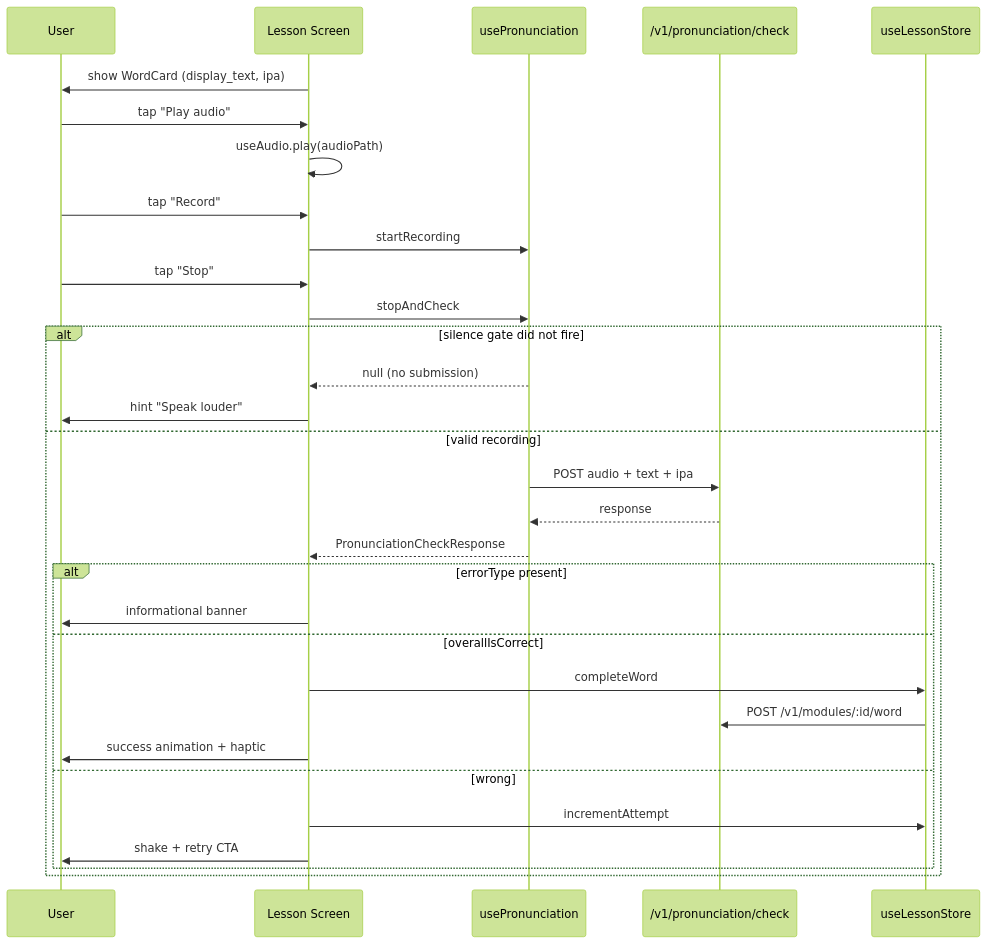
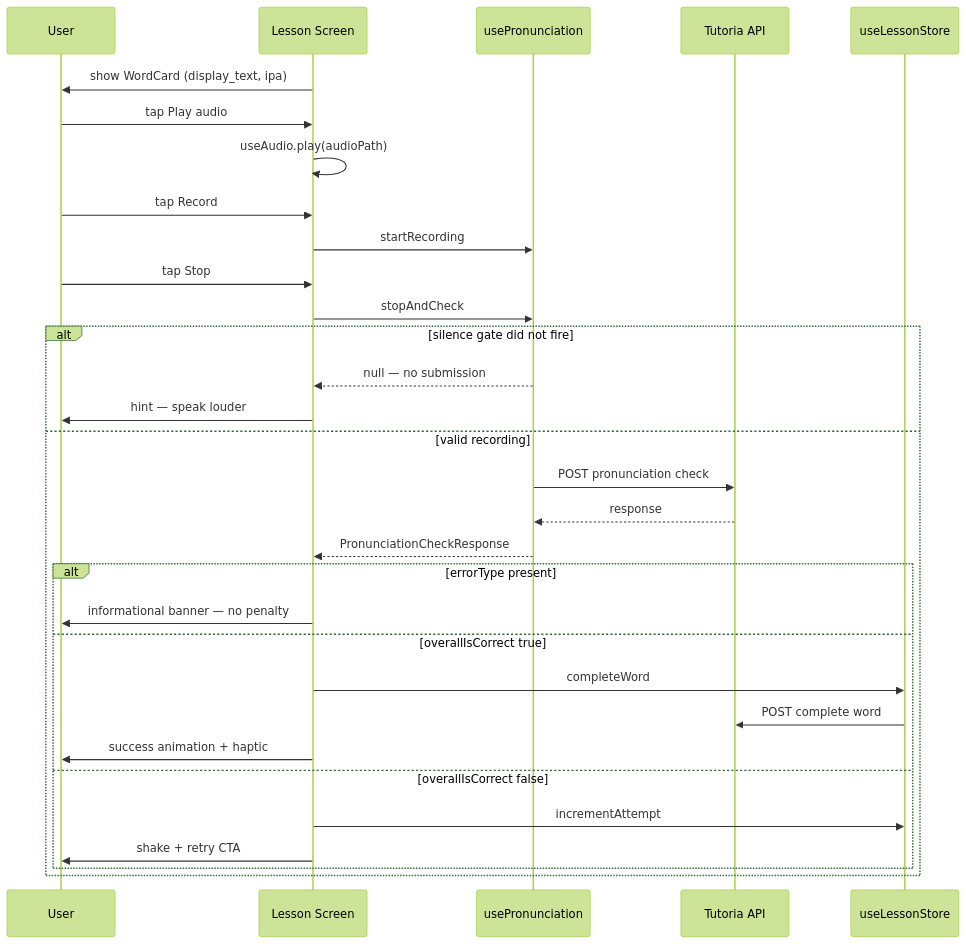
The third of 3 diagrams in docs/diagrams/lesson-state-machine.md (AltanEsmer/tutoria-mobile-app), drawn with Mermaid (forest theme) before and after one commit. The commit also changed other lines of this file and 1 other file, not shown here.

Commit message:
Mermaid fix

````diff
--- a/docs/diagrams/lesson-state-machine.md
+++ b/docs/diagrams/lesson-state-machine.md
@@ -75,37 +75,37 @@
 ```mermaid
 sequenceDiagram
     participant U as User
     participant LS as Lesson Screen
     participant UP as usePronunciation
-    participant API as /v1/pronunciation/check
+    participant API as Tutoria API
     participant LSt as useLessonStore
 
     LS->>U: show WordCard (display_text, ipa)
-    U->>LS: tap "Play audio"
+    U->>LS: tap Play audio
     LS->>LS: useAudio.play(audioPath)
 
-    U->>LS: tap "Record"
+    U->>LS: tap Record
     LS->>UP: startRecording
-    U->>LS: tap "Stop"
+    U->>LS: tap Stop
     LS->>UP: stopAndCheck
 
     alt silence gate did not fire
-        UP-->>LS: null (no submission)
-        LS->>U: hint "Speak louder"
+        UP-->>LS: null — no submission
+        LS->>U: hint — speak louder
     else valid recording
-        UP->>API: POST audio + text + ipa
+        UP->>API: POST pronunciation check
         API-->>UP: response
         UP-->>LS: PronunciationCheckResponse
 
         alt errorType present
-            LS->>U: informational banner
-        else overallIsCorrect
+            LS->>U: informational banner — no penalty
+        else overallIsCorrect true
             LS->>LSt: completeWord
-            LSt->>API: POST /v1/modules/:id/word
+            LSt->>API: POST complete word
             LS->>U: success animation + haptic
-        else wrong
+        else overallIsCorrect false
             LS->>LSt: incrementAttempt
             LS->>U: shake + retry CTA
         end
     end
 ```
````
